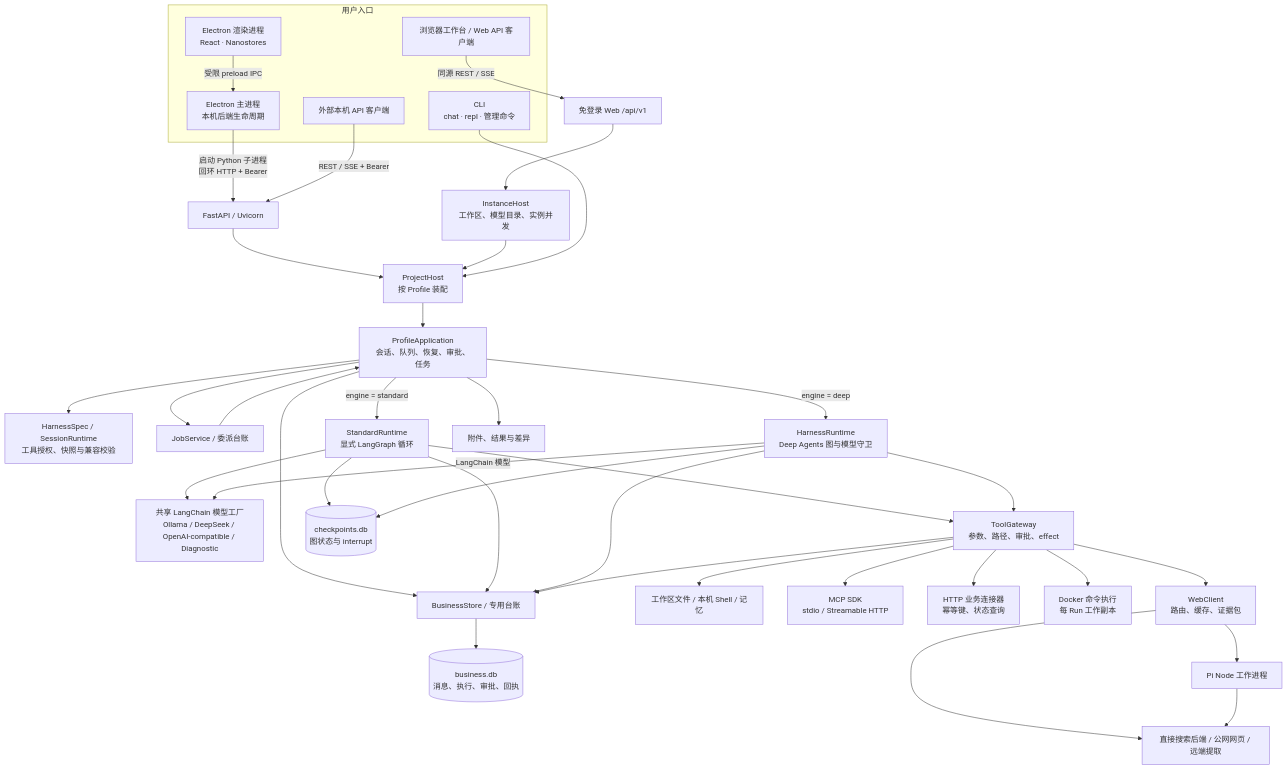
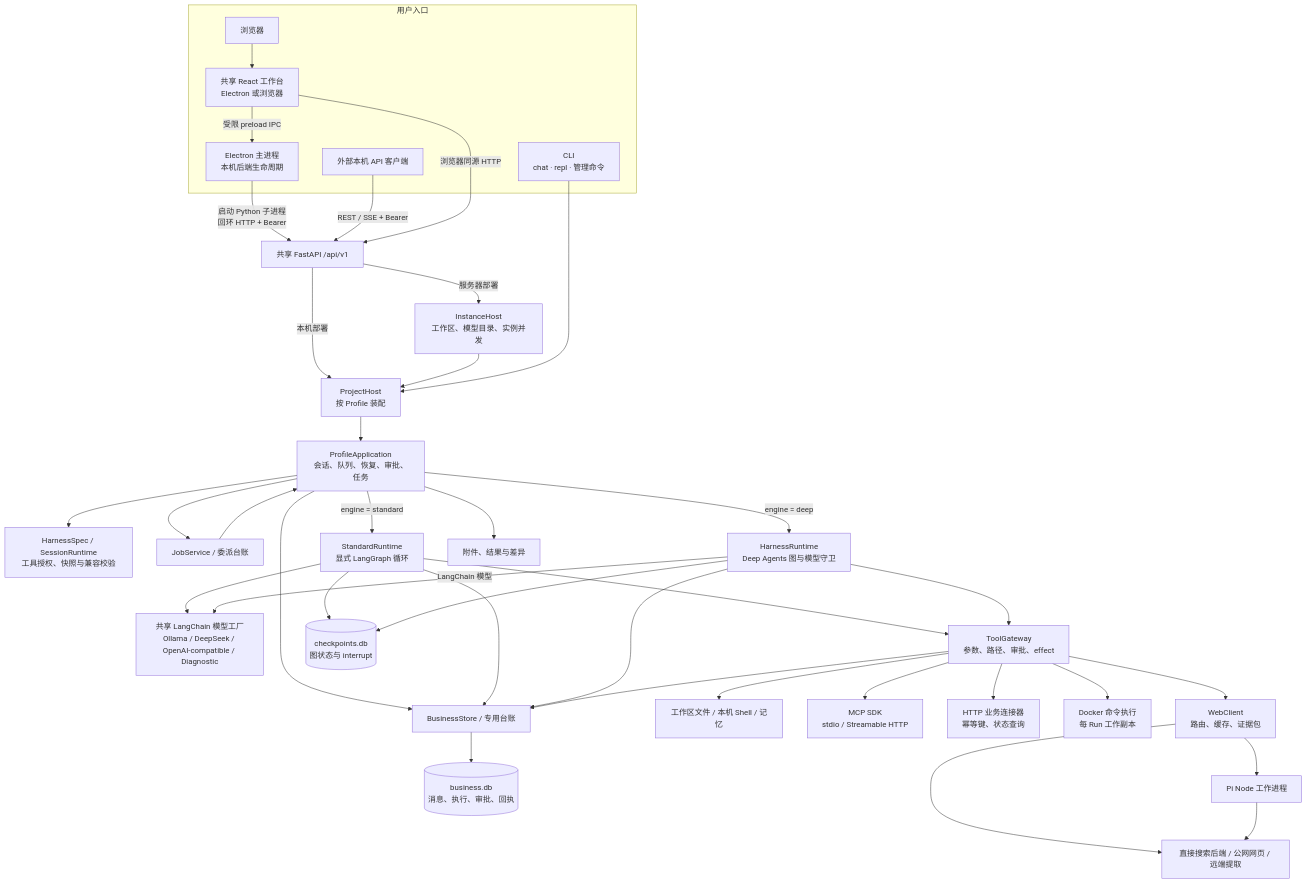
One commit to haiyangchina/deep-harness changed the first of 3 diagrams in ARCHITECTURE.md. Above: the diagram before and after it, drawn with Mermaid. The commit also changed other lines of this file and 58 other files, not shown here.

````diff
--- a/ARCHITECTURE.md
+++ b/ARCHITECTURE.md
@@ -11,44 +11,45 @@
 ```mermaid
 flowchart TB
     subgraph Clients["用户入口"]
-        UI["Electron 渲染进程<br/>React · Nanostores"]
+        UI["共享 React 工作台<br/>Electron 或浏览器"]
         Main["Electron 主进程<br/>本机后端生命周期"]
         CLI["CLI<br/>chat · repl · 管理命令"]
         REST["外部本机 API 客户端"]
-        Browser["浏览器工作台 / Web API 客户端"]
+        Browser["浏览器"]
+        Browser --> UI
         UI -->|"受限 preload IPC"| Main
     end
     Main -->|"启动 Python 子进程<br/>回环 HTTP + Bearer"| API
     REST -->|"REST / SSE + Bearer"| API
-    API["FastAPI / Uvicorn"] --> Host
-    Browser -->|"同源 REST / SSE"| WebAPI["免登录 Web /api/v1"]
-    WebAPI --> Instance["InstanceHost<br/>工作区、模型目录、实例并发"]
+    UI -->|"浏览器同源 HTTP"| API
+    API["共享 FastAPI /api/v1"] -->|"本机部署"| Host
+    API -->|"服务器部署"| Instance["InstanceHost<br/>工作区、模型目录、实例并发"]
     Instance --> Host
     CLI --> Host["ProjectHost<br/>按 Profile 装配"]
     Host --> App["ProfileApplication<br/>会话、队列、恢复、审批、任务"]
     App --> Spec["HarnessSpec / SessionRuntime<br/>工具授权、快照与兼容校验"]
     App --> Jobs["JobService / 委派台账"]
     Jobs --> App
     App -->|"engine = standard"| Std["StandardRuntime<br/>显式 LangGraph 循环"]
     App -->|"engine = deep"| Deep["HarnessRuntime<br/>Deep Agents 图与模型守卫"]
     Std --> Model["共享 LangChain 模型工厂<br/>Ollama / DeepSeek / OpenAI-compatible / Diagnostic"]
     Deep -->|"LangChain 模型"| Model
     Std --> Gateway["ToolGateway<br/>参数、路径、审批、effect"]
     Deep --> Gateway
     Std --> Checkpoint[("checkpoints.db<br/>图状态与 interrupt")]
     Deep --> Checkpoint
     App --> Ledger["BusinessStore / 专用台账"]
     Std --> Ledger
     Deep --> Ledger
     Gateway --> Ledger
     Ledger --> Business[("business.db<br/>消息、执行、审批、回执")]
     Gateway --> Local["工作区文件 / 本机 Shell / 记忆"]
     Gateway --> MCP["MCP SDK<br/>stdio / Streamable HTTP"]
     Gateway --> HTTP["HTTP 业务连接器<br/>幂等键、状态查询"]
     Gateway --> Docker["Docker 命令执行<br/>每 Run 工作副本"]
     App --> Artifacts["附件、结果与差异"]
     Gateway --> Web["WebClient<br/>路由、缓存、证据包"]
     Web --> Worker["Pi Node 工作进程"]
     Web --> Providers["直接搜索后端 / 公网网页 / 远端提取"]
     Worker --> Providers
 ```
````
